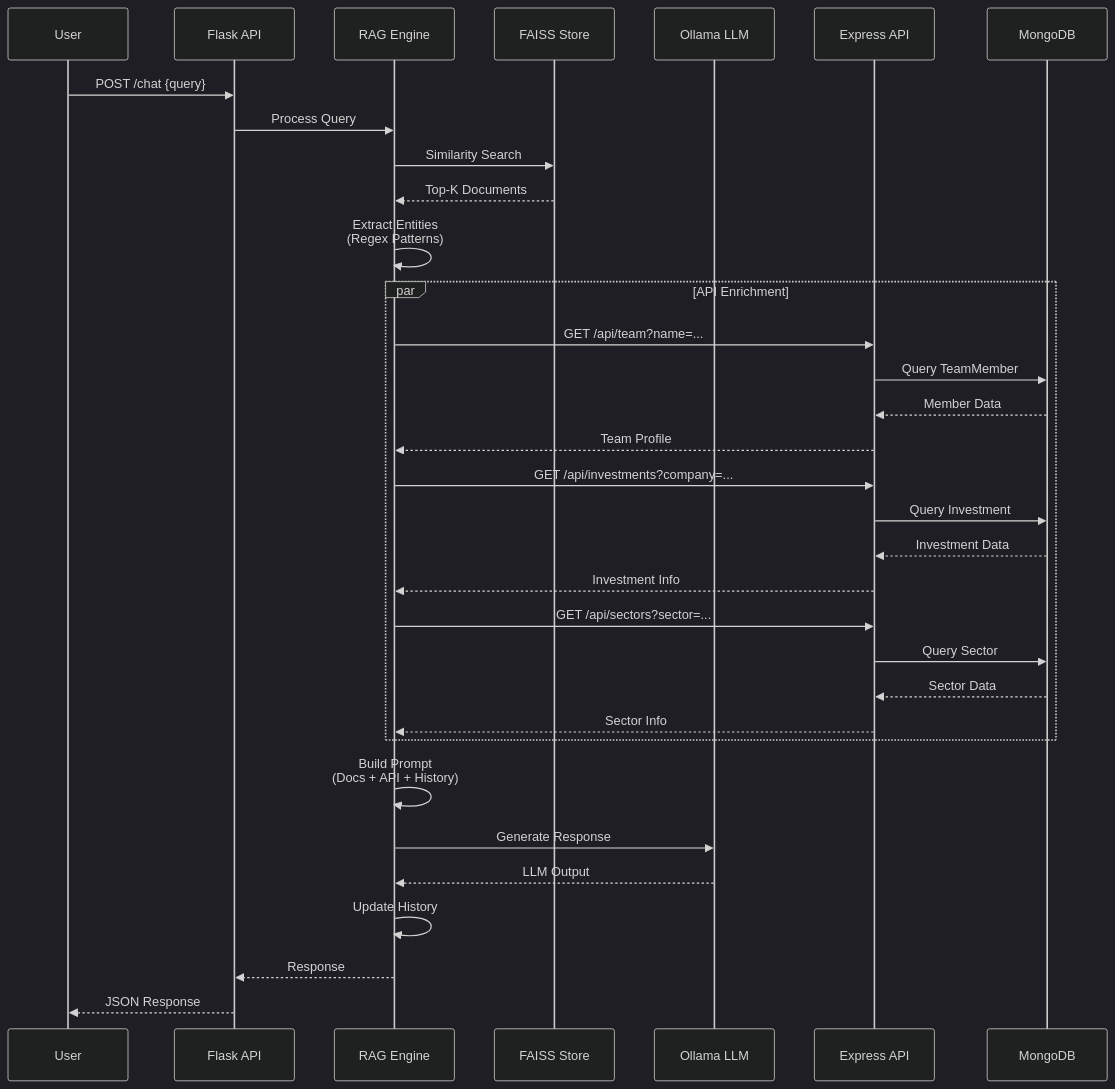
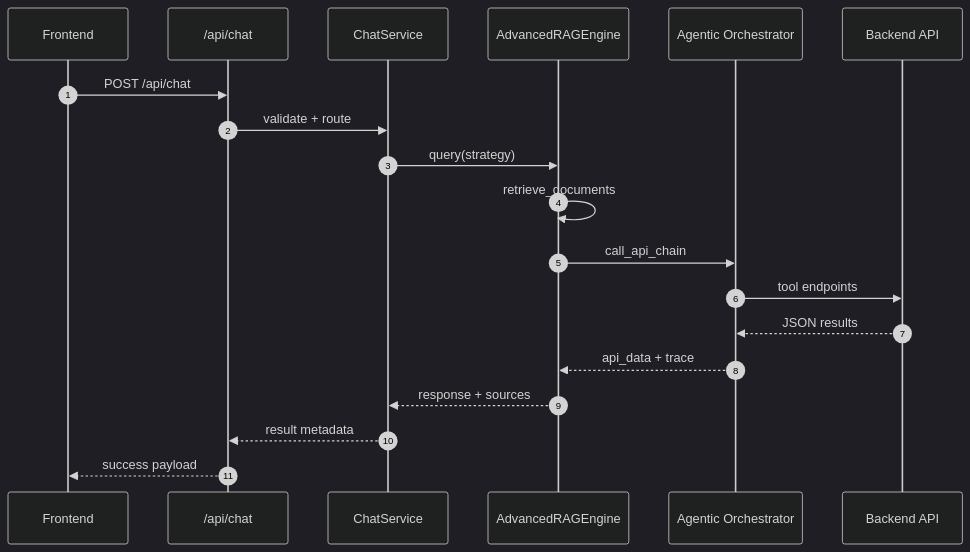
One commit to yamposskype/AI-RAG-LangChain changed the tenth of 21 diagrams in ARCHITECTURE.md. Above: the diagram before and after it, drawn with Mermaid (dark theme). The commit also changed other lines of this file and 164 other files, not shown here.

````diff
--- a/ARCHITECTURE.md
+++ b/ARCHITECTURE.md
@@ -463,44 +512,22 @@
 ```mermaid
 sequenceDiagram
-    participant U as User
-    participant F as Flask API
-    participant R as RAG Engine
-    participant V as FAISS Store
-    participant L as Ollama LLM
-    participant E as Express API
-    participant M as MongoDB
+    autonumber
+    participant FE as Frontend
+    participant API as /api/chat
+    participant CS as ChatService
+    participant ENG as AdvancedRAGEngine
+    participant ORCH as Agentic Orchestrator
+    participant BE as Backend API
 
-    U->>F: POST /chat {query}
-    F->>R: Process Query
-
-    R->>V: Similarity Search
-    V-->>R: Top-K Documents
-
-    R->>R: Extract Entities<br/>(Regex Patterns)
-
-    par API Enrichment
-        R->>E: GET /api/team?name=...
-        E->>M: Query TeamMember
-        M-->>E: Member Data
-        E-->>R: Team Profile
-
-        R->>E: GET /api/investments?company=...
-        E->>M: Query Investment
-        M-->>E: Investment Data
-        E-->>R: Investment Info
-
-        R->>E: GET /api/sectors?sector=...
-        E->>M: Query Sector
-        M-->>E: Sector Data
-        E-->>R: Sector Info
-    end
-
-    R->>R: Build Prompt<br/>(Docs + API + History)
-
-    R->>L: Generate Response
-    L-->>R: LLM Output
-
-    R->>R: Update History
-    R-->>F: Response
-    F-->>U: JSON Response
+    FE->>API: POST /api/chat
+    API->>CS: validate + route
+    CS->>ENG: query(strategy)
+    ENG->>ENG: retrieve_documents
+    ENG->>ORCH: call_api_chain
+    ORCH->>BE: tool endpoints
+    BE-->>ORCH: JSON results
+    ORCH-->>ENG: api_data + trace
+    ENG-->>CS: response + sources
+    CS-->>API: result metadata
+    API-->>FE: success payload
 ```
````
